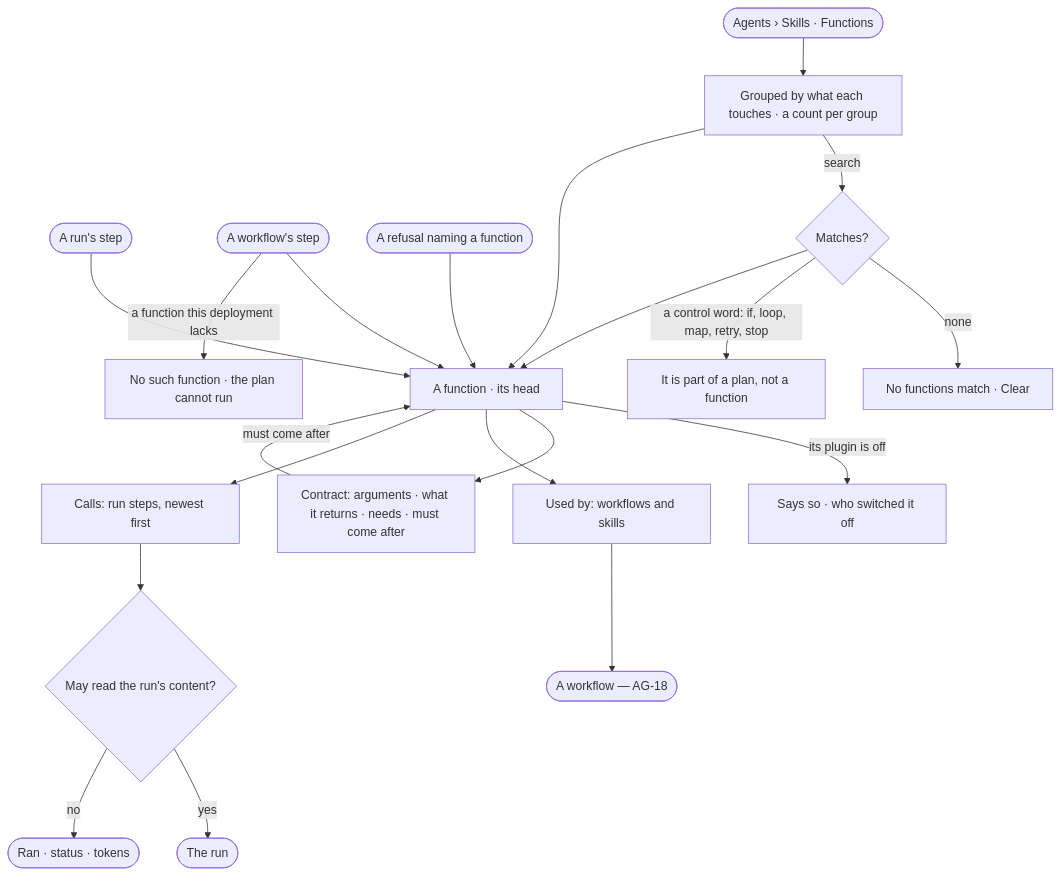
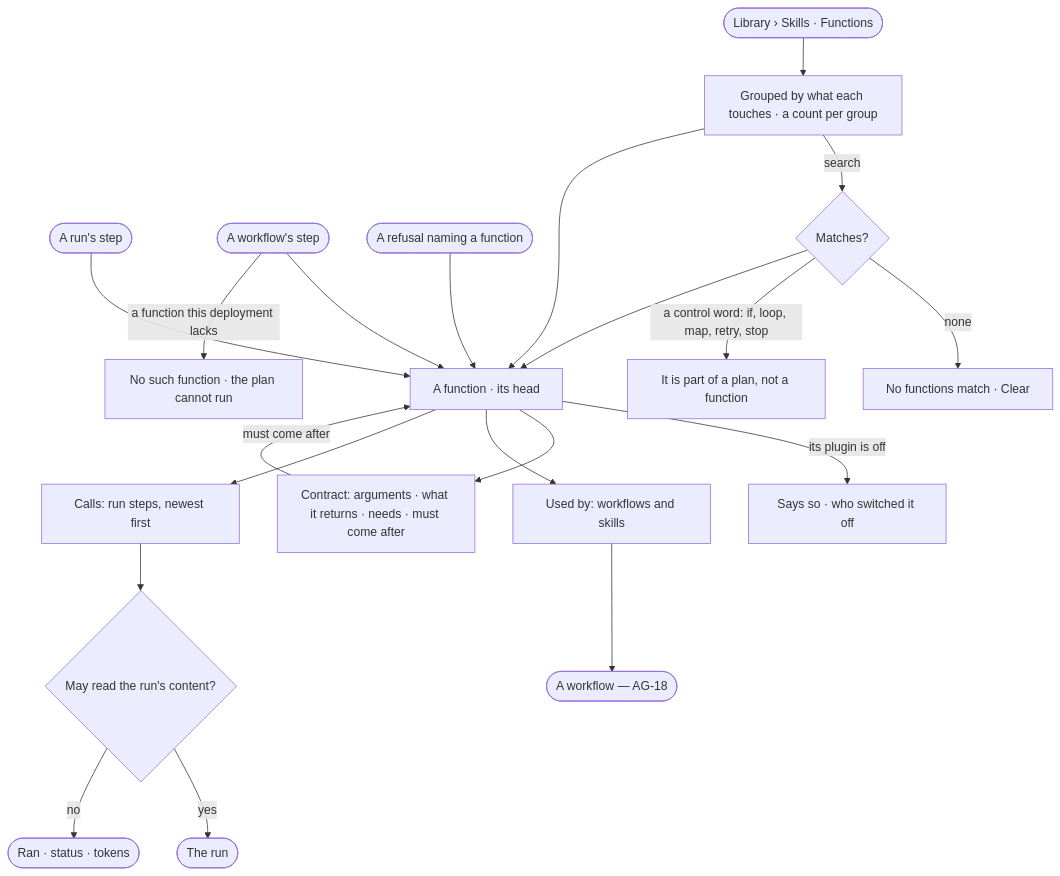
The diagram in specs/capabilities/agents/features/AG-F06-plans-and-workflows/stories/AG-38-read-every-function-and-what-calls-it/story.md (invana/invana), drawn with Mermaid before and after one commit. The commit also changed other lines of this file and 106 other files, not shown here.

````diff
--- a/specs/capabilities/agents/features/AG-F06-plans-and-workflows/stories/AG-38-read-every-function-and-what-calls-it/story.md
+++ b/specs/capabilities/agents/features/AG-F06-plans-and-workflows/stories/AG-38-read-every-function-and-what-calls-it/story.md
@@ -28,20 +28,20 @@
 ```mermaid
 flowchart TD
-  b([Agents › Skills · Functions]) --> g["Grouped by what each touches · a count per group"]
+  b([Library › Skills · Functions]) --> g["Grouped by what each touches · a count per group"]
   s([A run's step]) --> f
   p([A workflow's step]) --> f
   r([A refusal naming a function]) --> f
   g -->|search| q{"Matches?"}
   q -->|none| qx["No functions match · Clear"]
   q -->|a control word: if, loop, map, retry, stop| cf["It is part of a plan, not a function"]
   q --> f["A function · its head"]
   g --> f
   f -->|its plugin is off| off["Says so · who switched it off"]
   f --> c["Contract: arguments · what it returns · needs · must come after"]
   c -->|must come after| f
   f --> u["Used by: workflows and skills"] --> pl(["A workflow — AG-18"])
   f --> k["Calls: run steps, newest first"] --> priv{"May read the run's content?"}
   priv -->|yes| run(["The run"])
   priv -->|no| wh(["Ran · status · tokens"])
   p -->|a function this deployment lacks| nx["No such function · the plan cannot run"]
 ```
````
